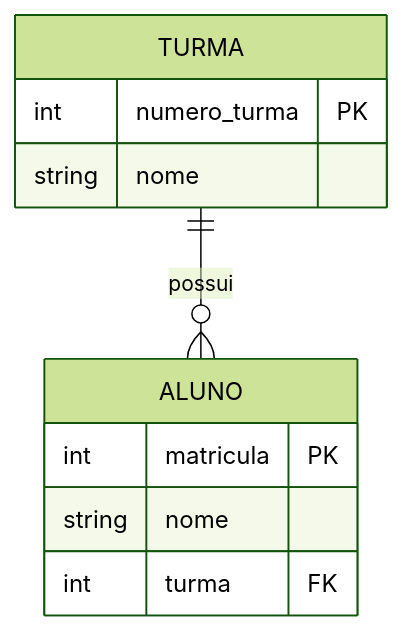
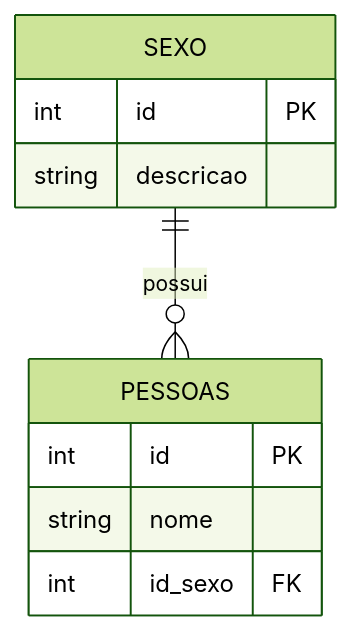
The diagram in docs/content/_aulas/banco-de-dados/modelo-de-dados/chave-estrangeira.md (myerco/CafeGeek), drawn with Mermaid (forest theme) before and after one commit. The commit also changed other lines of this file and 4 other files, not shown here.

```diff
--- a/docs/content/_aulas/banco-de-dados/modelo-de-dados/chave-estrangeira.md
+++ b/docs/content/_aulas/banco-de-dados/modelo-de-dados/chave-estrangeira.md
@@ -92,13 +58,13 @@
 <div class="mermaid">
 erDiagram
-    TURMA ||--o{ ALUNO : possui
-    TURMA {
-      int numero_turma PK
+    SEXO ||--o{ PESSOAS : possui
+    SEXO {
+      int id PK
+      string descricao
+    }
+    PESSOAS {
+      int id PK
       string nome
-    }
-    ALUNO {
-      int matricula PK
-      string nome
-      int turma FK
+      int id_sexo FK
     }
 </div>
```
